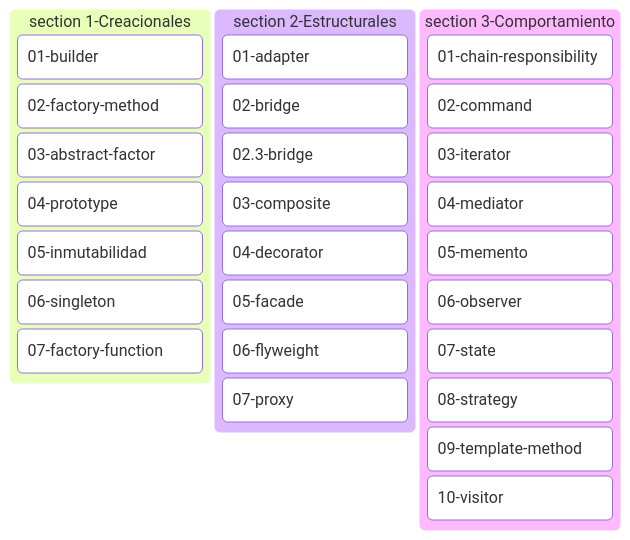
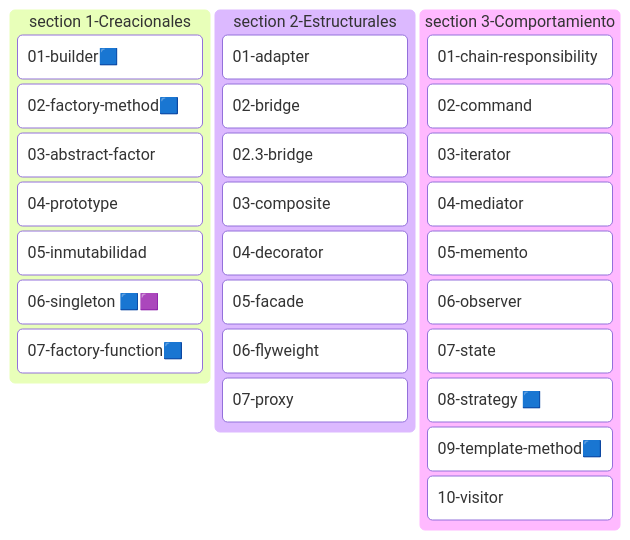
Before and after one commit to sdsanchezm/design-patterns-all: the diagram in README.md, drawn with Mermaid. The commit also changed 6 other files, not shown here.

```diff
--- a/README.md
+++ b/README.md
@@ -7,33 +7,33 @@
 ~~~mermaid
 kanban
     section 1-Creacionales
-      01-builder
-      02-factory-method
+      01-builder🟦
+      02-factory-method🟦
       03-abstract-factor
       04-prototype
       05-inmutabilidad
-      06-singleton
-      07-factory-function
+      06-singleton 🟦🟪
+      07-factory-function🟦
 
     section 2-Estructurales
       01-adapter
       02-bridge
       02.3-bridge
       03-composite
       04-decorator
       05-facade
       06-flyweight
       07-proxy
 
     section 3-Comportamiento
       01-chain-responsibility
       02-command
       03-iterator
       04-mediator
       05-memento
       06-observer
       07-state
-      08-strategy
-      09-template-method
+      08-strategy 🟦
+      09-template-method🟦
       10-visitor
 ~~~
```
